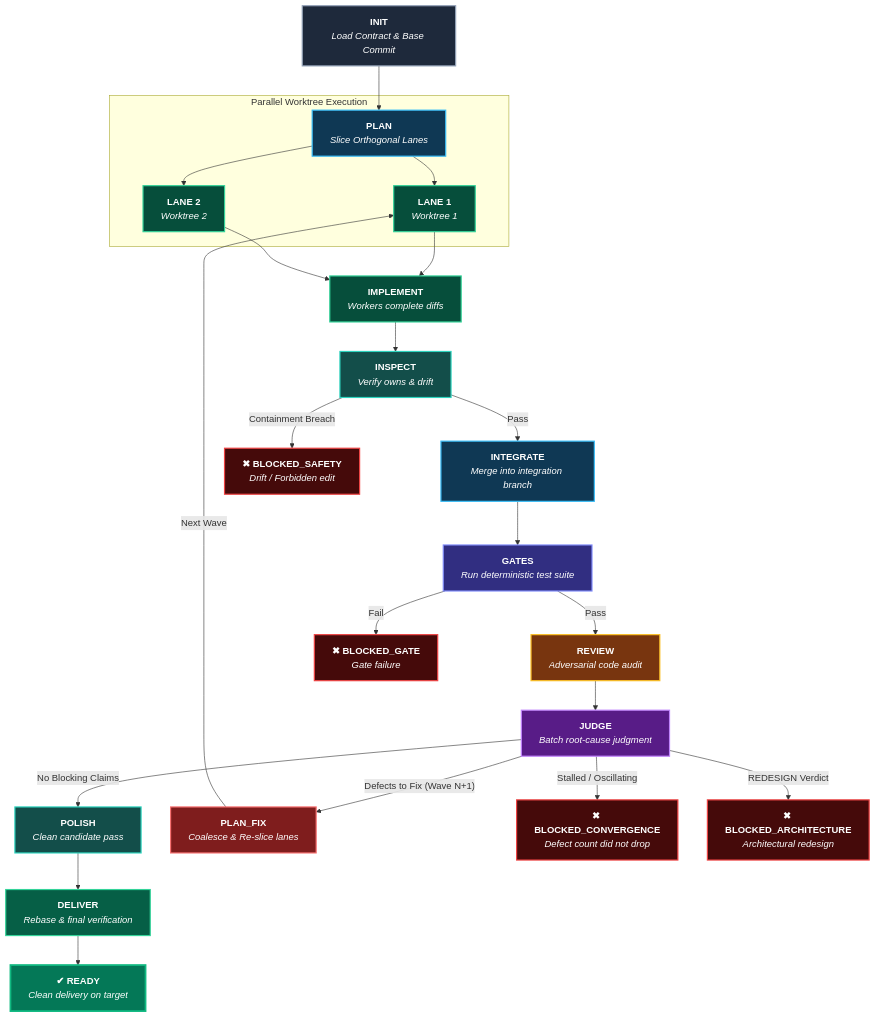
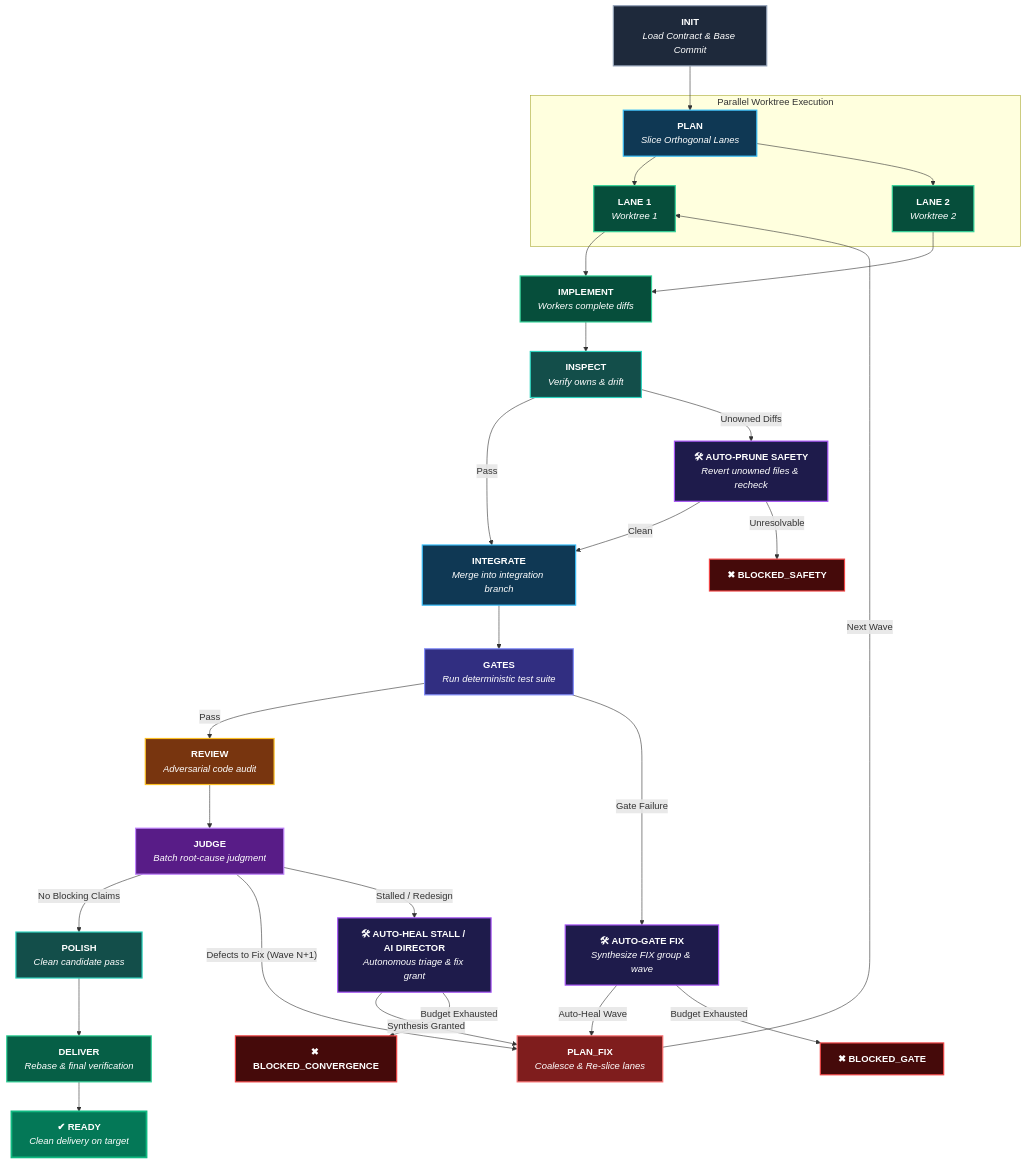
One commit to jhiver/gauntlet changed the third of 3 diagrams in README.md. Above: the diagram before and after it, drawn with Mermaid. The commit also changed other lines of this file and 6 other files, not shown here.

Commit message:
feat: implement autonomous self-healing, gate auto-fix waves, and safety pruning (missions/auto-heal-remediation.md)

````diff
--- a/README.md
+++ b/README.md
@@ -219,52 +240,59 @@
 ```mermaid
 flowchart TD
     INIT["<b>INIT</b><br><i>Load Contract & Base Commit</i>"] --> PLAN["<b>PLAN</b><br><i>Slice Orthogonal Lanes</i>"]
     
     subgraph Parallel Worktree Execution
         PLAN --> L1["<b>LANE 1</b><br><i>Worktree 1</i>"]
         PLAN --> L2["<b>LANE 2</b><br><i>Worktree 2</i>"]
     end
     
     L1 --> IMP["<b>IMPLEMENT</b><br><i>Workers complete diffs</i>"]
     L2 --> IMP
     
     IMP --> INSP["<b>INSPECT</b><br><i>Verify owns & drift</i>"]
     INSP -->|"Pass"| INT["<b>INTEGRATE</b><br><i>Merge into integration branch</i>"]
-    INSP -->|"Containment Breach"| B_SAFE["<b>✖ BLOCKED_SAFETY</b><br><i>Drift / Forbidden edit</i>"]
+    INSP -->|"Unowned Diffs"| AP_SAFE["<b>🛠 AUTO-PRUNE SAFETY</b><br><i>Revert unowned files & recheck</i>"]
+    AP_SAFE -->|"Clean"| INT
+    AP_SAFE -->|"Unresolvable"| B_SAFE["<b>✖ BLOCKED_SAFETY</b>"]
     
     INT --> GATES["<b>GATES</b><br><i>Run deterministic test suite</i>"]
     GATES -->|"Pass"| REV["<b>REVIEW</b><br><i>Adversarial code audit</i>"]
-    GATES -->|"Fail"| B_GATE["<b>✖ BLOCKED_GATE</b><br><i>Gate failure</i>"]
+    GATES -->|"Gate Failure"| AG_GATE["<b>🛠 AUTO-GATE FIX</b><br><i>Synthesize FIX group & wave</i>"]
+    AG_GATE -->|"Auto-Heal Wave"| PFIX["<b>PLAN_FIX</b><br><i>Coalesce & Re-slice lanes</i>"]
+    AG_GATE -->|"Budget Exhausted"| B_GATE["<b>✖ BLOCKED_GATE</b>"]
     
     REV --> JUDGE["<b>JUDGE</b><br><i>Batch root-cause judgment</i>"]
     
     JUDGE -->|"No Blocking Claims"| POLISH["<b>POLISH</b><br><i>Clean candidate pass</i>"]
-    JUDGE -->|"Defects to Fix (Wave N+1)"| PFIX["<b>PLAN_FIX</b><br><i>Coalesce & Re-slice lanes</i>"]
-    JUDGE -->|"Stalled / Oscillating"| B_CONV["<b>✖ BLOCKED_CONVERGENCE</b><br><i>Defect count did not drop</i>"]
-    JUDGE -->|"REDESIGN Verdict"| B_ARCH["<b>✖ BLOCKED_ARCHITECTURE</b><br><i>Architectural redesign</i>"]
+    JUDGE -->|"Defects to Fix (Wave N+1)"| PFIX
+    JUDGE -->|"Stalled / Redesign"| AS_CONV["<b>🛠 AUTO-HEAL STALL / AI DIRECTOR</b><br><i>Autonomous triage & fix grant</i>"]
+    AS_CONV -->|"Synthesis Granted"| PFIX
+    AS_CONV -->|"Budget Exhausted"| B_CONV["<b>✖ BLOCKED_CONVERGENCE</b>"]
     
     PFIX -->|"Next Wave"| L1
     
     POLISH --> DELIVER["<b>DELIVER</b><br><i>Rebase & final verification</i>"]
     DELIVER --> READY["<b>✔ READY</b><br><i>Clean delivery on target</i>"]
 
     style INIT fill:#1e293b,stroke:#94a3b8,stroke-width:2px,color:#ffffff
     style PLAN fill:#0f3854,stroke:#38bdf8,stroke-width:2px,color:#ffffff
     style L1 fill:#064e3b,stroke:#34d399,stroke-width:2px,color:#ffffff
     style L2 fill:#064e3b,stroke:#34d399,stroke-width:2px,color:#ffffff
     style IMP fill:#064e3b,stroke:#34d399,stroke-width:2px,color:#ffffff
     style INSP fill:#134e4a,stroke:#2dd4bf,stroke-width:2px,color:#ffffff
+    style AP_SAFE fill:#1e1b4b,stroke:#a855f7,stroke-width:2px,color:#ffffff
     style INT fill:#0f3854,stroke:#38bdf8,stroke-width:2px,color:#ffffff
     style GATES fill:#312e81,stroke:#818cf8,stroke-width:2px,color:#ffffff
+    style AG_GATE fill:#1e1b4b,stroke:#a855f7,stroke-width:2px,color:#ffffff
     style REV fill:#78350f,stroke:#fbbf24,stroke-width:2px,color:#ffffff
     style JUDGE fill:#581c87,stroke:#c084fc,stroke-width:2px,color:#ffffff
+    style AS_CONV fill:#1e1b4b,stroke:#a855f7,stroke-width:2px,color:#ffffff
     style PFIX fill:#7f1d1d,stroke:#f87171,stroke-width:2px,color:#ffffff
     style POLISH fill:#134e4a,stroke:#2dd4bf,stroke-width:2px,color:#ffffff
     style DELIVER fill:#065f46,stroke:#34d399,stroke-width:2px,color:#ffffff
     style READY fill:#047857,stroke:#10b981,stroke-width:3px,color:#ffffff
     
     style B_SAFE fill:#450a0a,stroke:#ef4444,stroke-width:2px,color:#ffffff
     style B_GATE fill:#450a0a,stroke:#ef4444,stroke-width:2px,color:#ffffff
     style B_CONV fill:#450a0a,stroke:#ef4444,stroke-width:2px,color:#ffffff
-    style B_ARCH fill:#450a0a,stroke:#ef4444,stroke-width:2px,color:#ffffff
 ```
````
